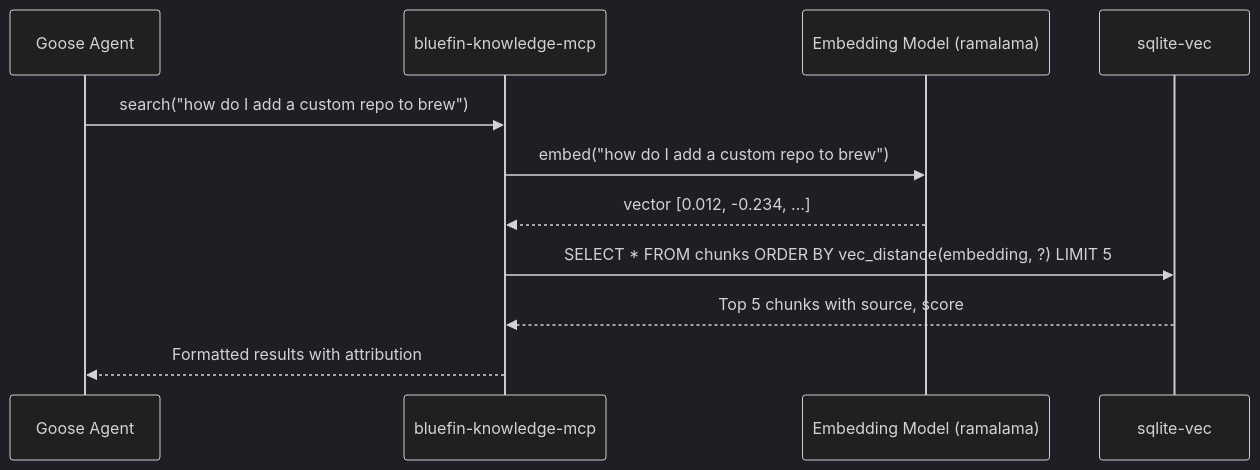
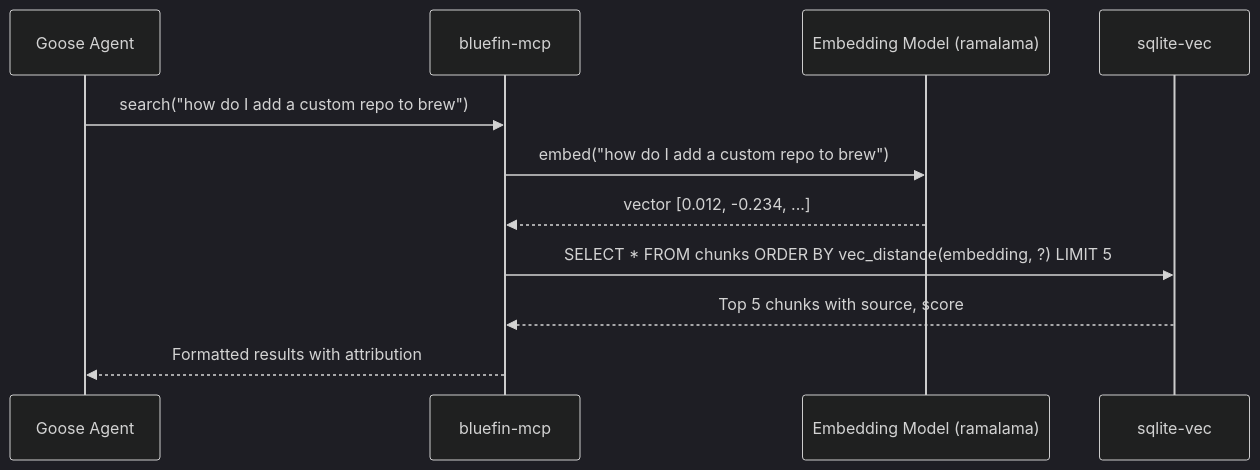
One commit to projectbluefin/common changed the eighth of 19 diagrams in specs/00-bluespeed-specification.md. Above: the diagram before and after it, drawn with Mermaid (dark theme). The commit also changed other lines of this file, not shown here.

First line of the commit message:
spec: Integrate bluefin-mcp as first-class component, consolidate knowledge layer (v0.2)

````diff
--- a/specs/00-bluespeed-specification.md
+++ b/specs/00-bluespeed-specification.md
@@ -1049,14 +1119,14 @@
 ```mermaid
 sequenceDiagram
     participant G as Goose Agent
-    participant BFK as bluefin-knowledge-mcp
+    participant BFK as bluefin-mcp
     participant EMB as Embedding Model (ramalama)
     participant DB as sqlite-vec
 
     G->>BFK: search("how do I add a custom repo to brew")
     BFK->>EMB: embed("how do I add a custom repo to brew")
     EMB-->>BFK: vector [0.012, -0.234, ...]
     BFK->>DB: SELECT * FROM chunks ORDER BY vec_distance(embedding, ?) LIMIT 5
     DB-->>BFK: Top 5 chunks with source, score
     BFK-->>G: Formatted results with attribution
 ```
````
